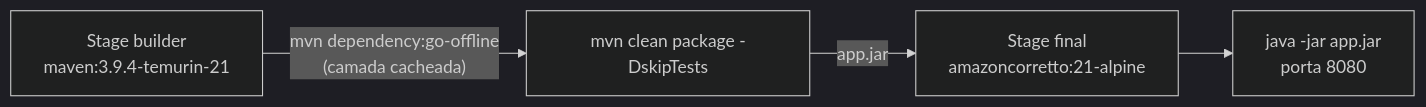
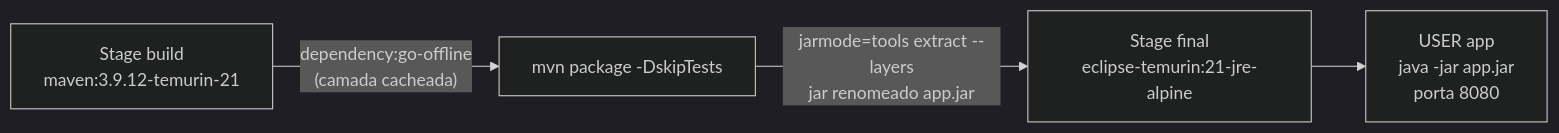
Before and after one commit to projeto-resgate/projetoresgate-api: the fourth of 4 diagrams in docs/operacao/pipeline-ci-cd.md, drawn with Mermaid (dark theme). The commit also changed other lines of this file and 18 other files, not shown here.

````diff
--- a/docs/operacao/pipeline-ci-cd.md
+++ b/docs/operacao/pipeline-ci-cd.md
@@ -102,6 +122,6 @@
 ```mermaid
 flowchart LR
-    A["Stage builder<br/>maven:3.9.4-temurin-21"] -->|"mvn dependency:go-offline<br/>(camada cacheada)"| B["mvn clean package -DskipTests"]
-    B -->|"app.jar"| C["Stage final<br/>amazoncorretto:21-alpine"]
-    C --> D["java -jar app.jar<br/>porta 8080"]
+    A["Stage build<br/>maven:3.9.12-temurin-21"] -->|"dependency:go-offline<br/>(camada cacheada)"| B["mvn package -DskipTests"]
+    B -->|"jarmode=tools extract --layers<br/>jar renomeado app.jar"| C["Stage final<br/>eclipse-temurin:21-jre-alpine"]
+    C --> D["USER app<br/>java -jar app.jar<br/>porta 8080"]
 ```
````
